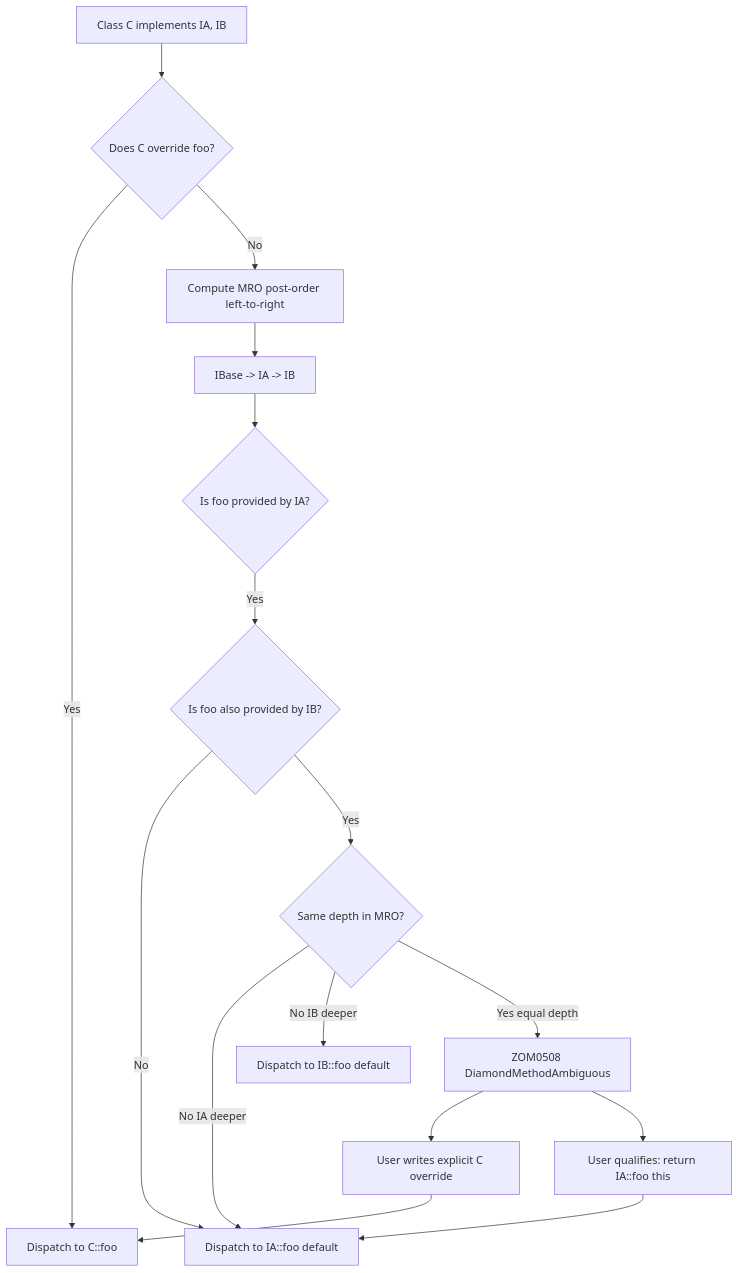
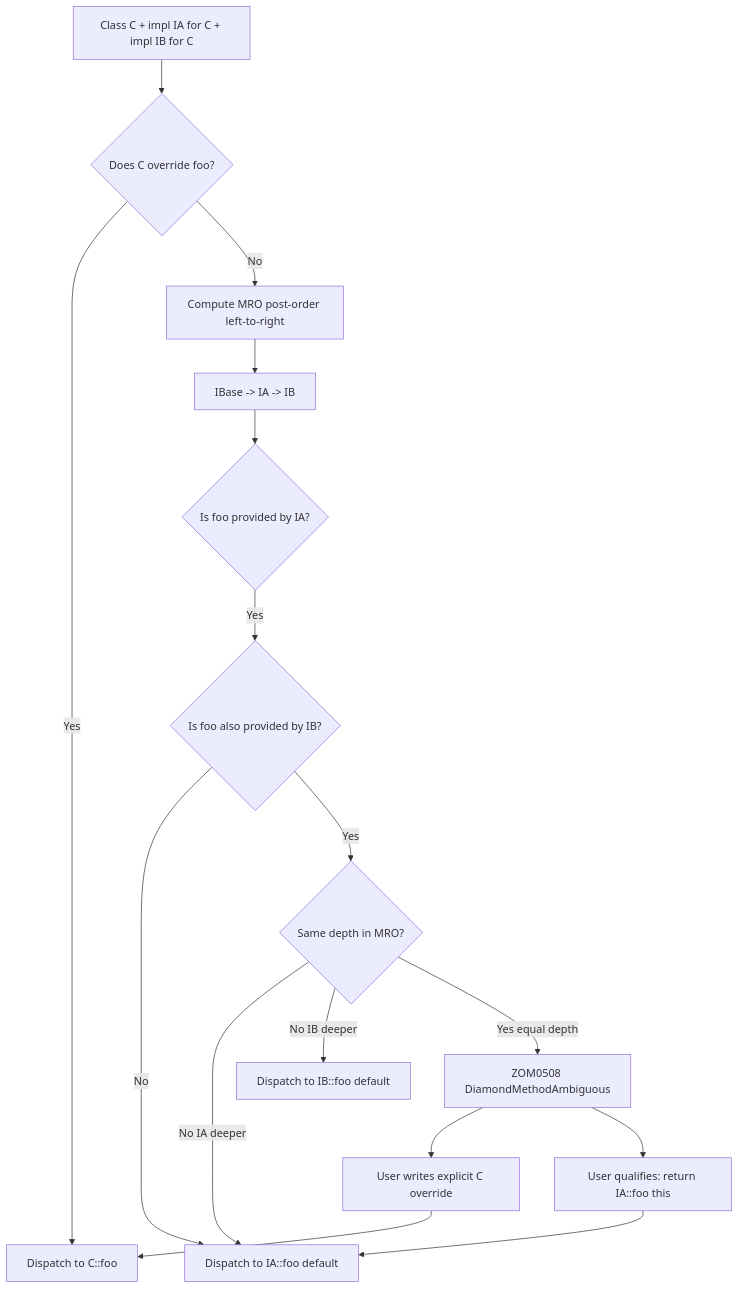
The diagram in docs/spec/chapters/09-interfaces.md (Zzzode/ZOM), drawn with Mermaid before and after one commit. The commit also changed other lines of this file and 8 other files, not shown here.

````diff
--- a/docs/spec/chapters/09-interfaces.md
+++ b/docs/spec/chapters/09-interfaces.md
@@ -295,18 +301,18 @@
 ```mermaid
 flowchart TD
-    A[Class C implements IA, IB] --> B{Does C override foo?}
+    A[Class C + impl IA for C + impl IB for C] --> B{Does C override foo?}
     B -->|Yes| C[Dispatch to C::foo]
     B -->|No| D[Compute MRO post-order left-to-right]
     D --> E[IBase -> IA -> IB]
     E --> F{Is foo provided by IA?}
     F -->|Yes| G{Is foo also provided by IB?}
     G -->|No| H[Dispatch to IA::foo default]
     G -->|Yes| I{Same depth in MRO?}
     I -->|No IA deeper| H
     I -->|No IB deeper| J[Dispatch to IB::foo default]
     I -->|Yes equal depth| K[ZOM0508 DiamondMethodAmbiguous]
     K --> L[User writes explicit C override]
     K --> M[User qualifies: return IA::foo this]
     L --> C
     M --> H
 ```
````
